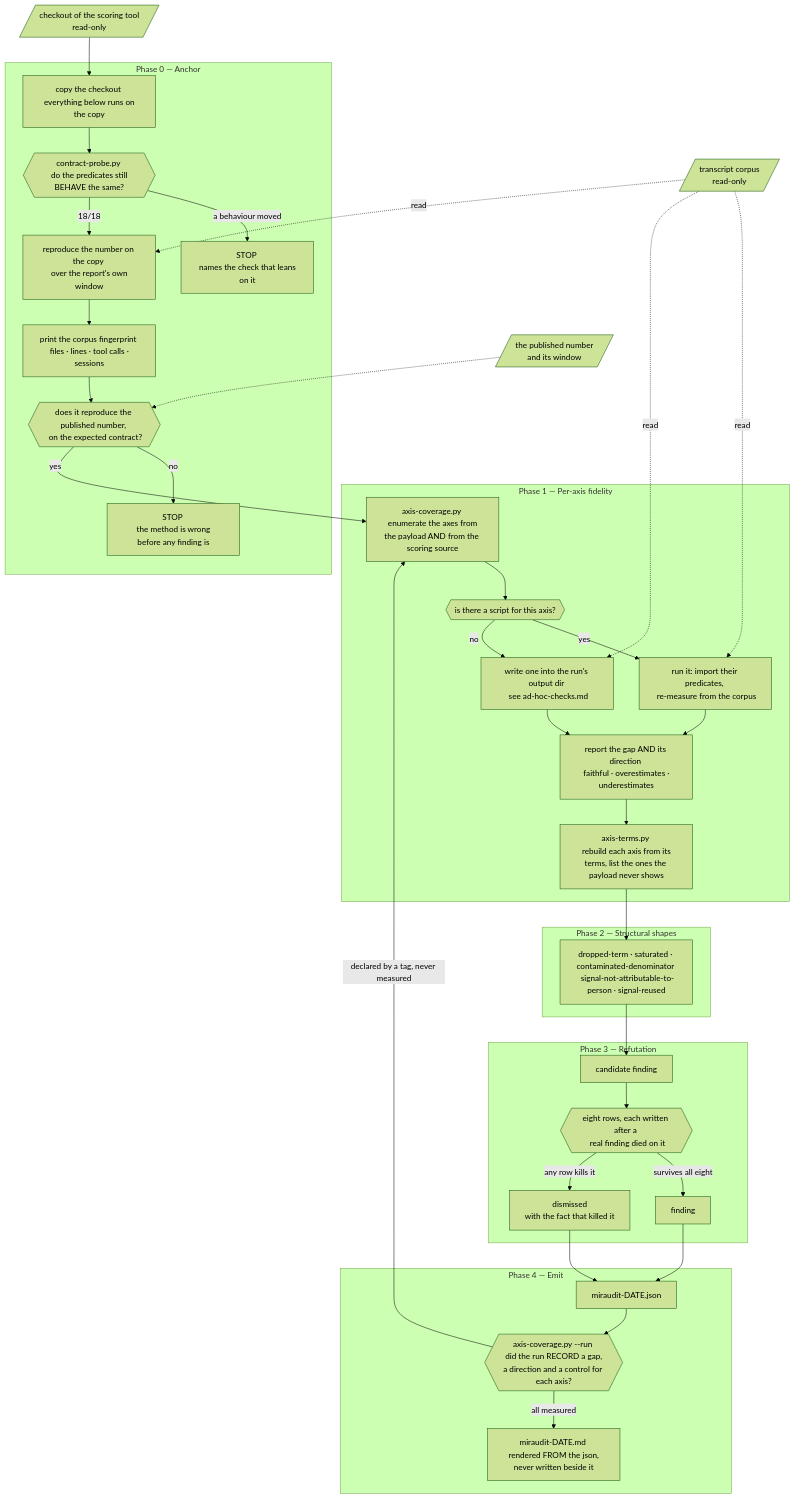
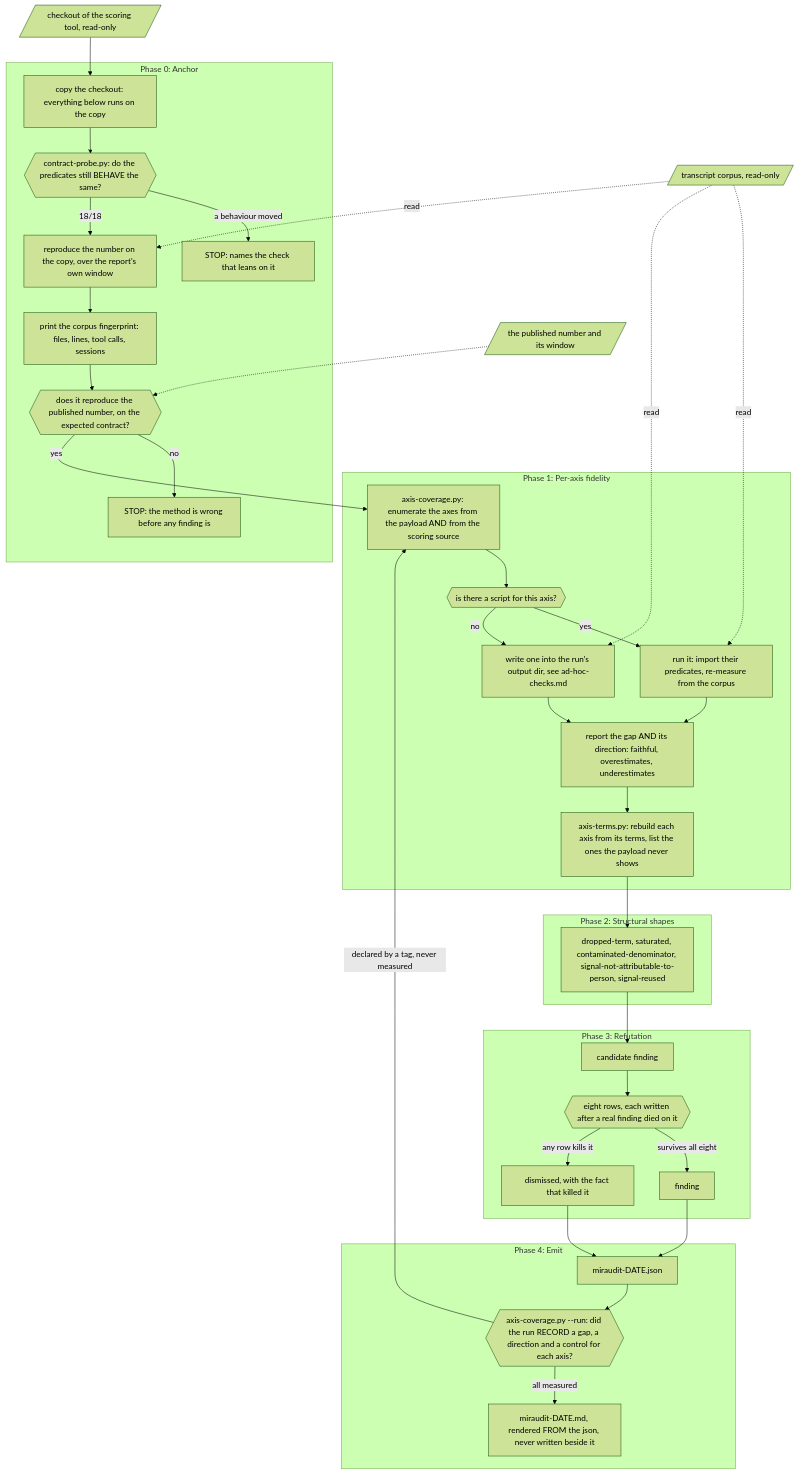
Before and after one commit to xmartlabs/gnomon: the diagram in skills/miraudit/README.md, drawn with Mermaid (forest theme). The commit also changed other lines of this file and 1 other file, not shown here.

Commit message:
See the diagnostic gnomon added, and drop <br/> from the diagram
Upstream published `process_skills_matched` and `compounding_skills_matched`
as scored-nothing diagnostics, which is what the Skill fluency finding asked
for. axis-terms.py did not see either one and went on reporting both terms as
published nowhere: the values are bools, and the value-matching guard tested
`isinstance(v, float)`, which a bool fails. A tool that accuses someone of
hiding what they just disclosed is worse than one that says nothing. A term is
now also matched by name against the signals, and the guard is A/B'd across the
two refs: two terms listed at the pin, none at the upstream head, same script.

The diagram fix in the previous commit was wrong. Padding <br/> with spaces
assumed the tag was being dropped; rendering both versions shows it is honoured,
and the padding put a stray space at the start of every second line. The tag is
gone entirely. Mermaid wraps long node text on its own, ordinary punctuation
reads correctly whether or not HTML labels are enabled, and the rendered SVG has
no label with a double space, a leading space or a leftover tag.

Prose carries no em dashes.

````diff
--- a/skills/miraudit/README.md
+++ b/skills/miraudit/README.md
@@ -26,56 +28,56 @@
 ```mermaid
 flowchart TD
-    CO[/"checkout of the scoring tool <br/> read-only"/]
-    CORP[/"transcript corpus <br/> read-only"/]
-    PUB[/"the published number <br/> and its window"/]
+    CO[/"checkout of the scoring tool, read-only"/]
+    CORP[/"transcript corpus, read-only"/]
+    PUB[/"the published number and its window"/]
 
-    CO --> COPY["copy the checkout <br/> everything below runs on the copy"]
+    CO --> COPY["copy the checkout: everything below runs on the copy"]
 
-    subgraph P0["Phase 0 — Anchor"]
-        COPY --> PROBE{{"contract-probe.py <br/> do the predicates still BEHAVE the same?"}}
-        PROBE -->|"a behaviour moved"| STOP1["STOP <br/> names the check that leans on it"]
-        PROBE -->|"18/18"| RUN["reproduce the number on the copy <br/> over the report's own window"]
-        RUN --> FP["print the corpus fingerprint <br/> files · lines · tool calls · sessions"]
-        FP --> GATE{{"does it reproduce the published number, <br/> on the expected contract?"}}
-        GATE -->|"no"| STOP2["STOP <br/> the method is wrong before any finding is"]
+    subgraph P0["Phase 0: Anchor"]
+        COPY --> PROBE{{"contract-probe.py: do the predicates still BEHAVE the same?"}}
+        PROBE -->|"a behaviour moved"| STOP1["STOP: names the check that leans on it"]
+        PROBE -->|"18/18"| RUN["reproduce the number on the copy, over the report's own window"]
+        RUN --> FP["print the corpus fingerprint: files, lines, tool calls, sessions"]
+        FP --> GATE{{"does it reproduce the published number, on the expected contract?"}}
+        GATE -->|"no"| STOP2["STOP: the method is wrong before any finding is"]
     end
 
-    subgraph P1["Phase 1 — Per-axis fidelity"]
-        MAN["axis-coverage.py <br/> enumerate the axes from the payload AND from the scoring source"]
+    subgraph P1["Phase 1: Per-axis fidelity"]
+        MAN["axis-coverage.py: enumerate the axes from the payload AND from the scoring source"]
         MAN --> HAS{{"is there a script for this axis?"}}
-        HAS -->|"yes"| SCR["run it: import their predicates, <br/> re-measure from the corpus"]
-        HAS -->|"no"| ADHOC["write one into the run's output dir <br/> see ad-hoc-checks.md"]
-        SCR --> DIR["report the gap AND its direction <br/> faithful · overestimates · underestimates"]
+        HAS -->|"yes"| SCR["run it: import their predicates, re-measure from the corpus"]
+        HAS -->|"no"| ADHOC["write one into the run's output dir, see ad-hoc-checks.md"]
+        SCR --> DIR["report the gap AND its direction: faithful, overestimates, underestimates"]
         ADHOC --> DIR
-        DIR --> TERMS["axis-terms.py <br/> rebuild each axis from its terms, list the ones the payload never shows"]
+        DIR --> TERMS["axis-terms.py: rebuild each axis from its terms, list the ones the payload never shows"]
     end
 
-    subgraph P2["Phase 2 — Structural shapes"]
-        SHAPES["dropped-term · saturated · contaminated-denominator <br/> signal-not-attributable-to-person · signal-reused"]
+    subgraph P2["Phase 2: Structural shapes"]
+        SHAPES["dropped-term, saturated, contaminated-denominator, signal-not-attributable-to-person, signal-reused"]
     end
 
-    subgraph P3["Phase 3 — Refutation"]
-        CAND["candidate finding"] --> ROWS{{"eight rows, each written after a <br/> real finding died on it"}}
+    subgraph P3["Phase 3: Refutation"]
+        CAND["candidate finding"] --> ROWS{{"eight rows, each written after a real finding died on it"}}
         ROWS -->|"survives all eight"| KEEP["finding"]
-        ROWS -->|"any row kills it"| DEAD["dismissed <br/> with the fact that killed it"]
+        ROWS -->|"any row kills it"| DEAD["dismissed, with the fact that killed it"]
     end
 
-    subgraph P4["Phase 4 — Emit"]
+    subgraph P4["Phase 4: Emit"]
         JSON["miraudit-DATE.json"]
-        JSON --> BIND{{"axis-coverage.py --run <br/> did the run RECORD a gap, a direction and a control for each axis?"}}
+        JSON --> BIND{{"axis-coverage.py --run: did the run RECORD a gap, a direction and a control for each axis?"}}
         BIND -->|"declared by a tag, never measured"| MAN
-        BIND -->|"all measured"| MD["miraudit-DATE.md <br/> rendered FROM the json, never written beside it"]
+        BIND -->|"all measured"| MD["miraudit-DATE.md, rendered FROM the json, never written beside it"]
     end
 
     GATE -->|"yes"| MAN
     TERMS --> SHAPES
     SHAPES --> CAND
 
     KEEP --> JSON
     DEAD --> JSON
 
     CORP -.->|"read"| RUN
     CORP -.->|"read"| SCR
     CORP -.->|"read"| ADHOC
     PUB -.-> GATE
 ```
````
